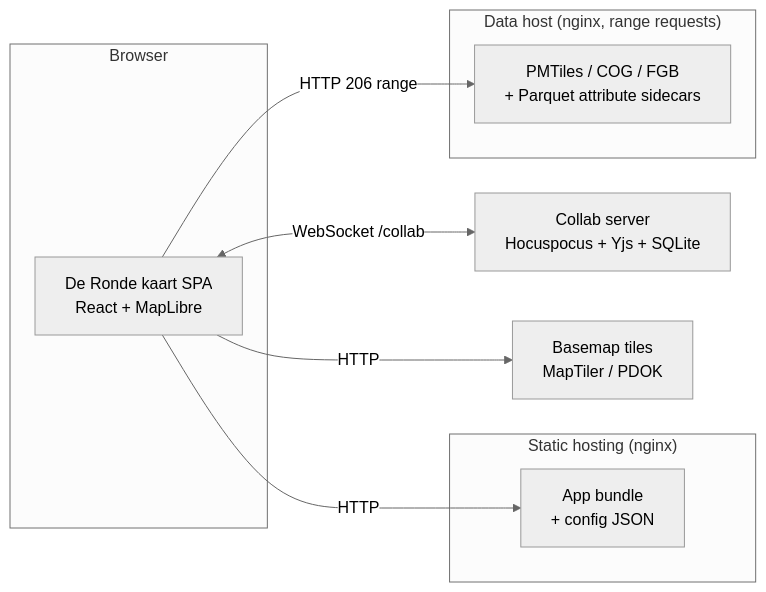
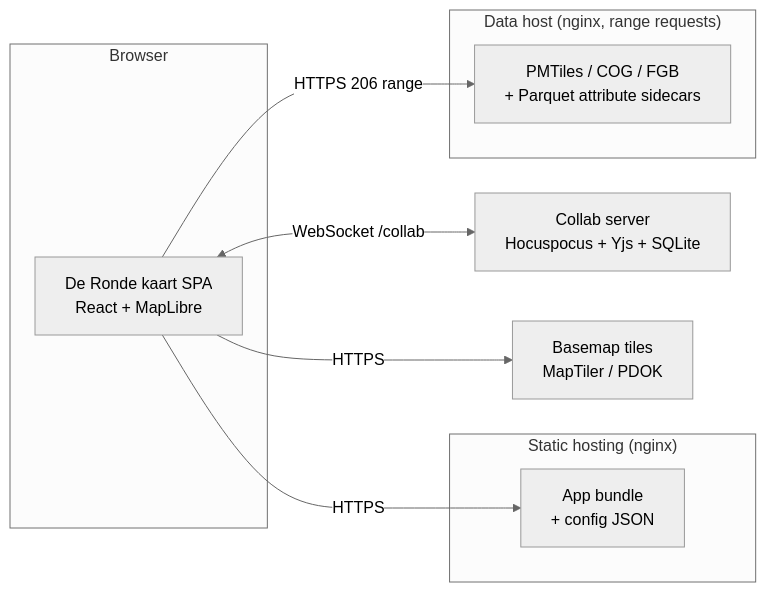
One commit to ObjectVision/DeRondeKaart changed the first of 4 diagrams in docs/system-design.md. Above: the diagram before and after it, drawn with Mermaid (neutral theme). The commit also changed other lines of this file, not shown here.

Commit message:
Rename HTTP to HTTPS, remove specific limburg ref, too narrow spec

````diff
--- a/docs/system-design.md
+++ b/docs/system-design.md
@@ -60,22 +60,22 @@
 ```mermaid
 flowchart LR
     subgraph browser["Browser"]
         app["De Ronde kaart SPA<br/>React + MapLibre"]
     end
 
     subgraph static["Static hosting (nginx)"]
         html["App bundle<br/>+ config JSON"]
     end
 
     subgraph datahost["Data host (nginx, range requests)"]
         tiles["PMTiles / COG / FGB<br/>+ Parquet attribute sidecars"]
     end
 
     collab["Collab server<br/>Hocuspocus + Yjs + SQLite"]
     basemap["Basemap tiles<br/>MapTiler / PDOK"]
 
-    app -->|"HTTP"| html
-    app -->|"HTTP 206 range"| tiles
+    app -->|"HTTPS"| html
+    app -->|"HTTPS 206 range"| tiles
     app <-->|"WebSocket /collab"| collab
-    app -->|"HTTP"| basemap
+    app -->|"HTTPS"| basemap
 ```
````
